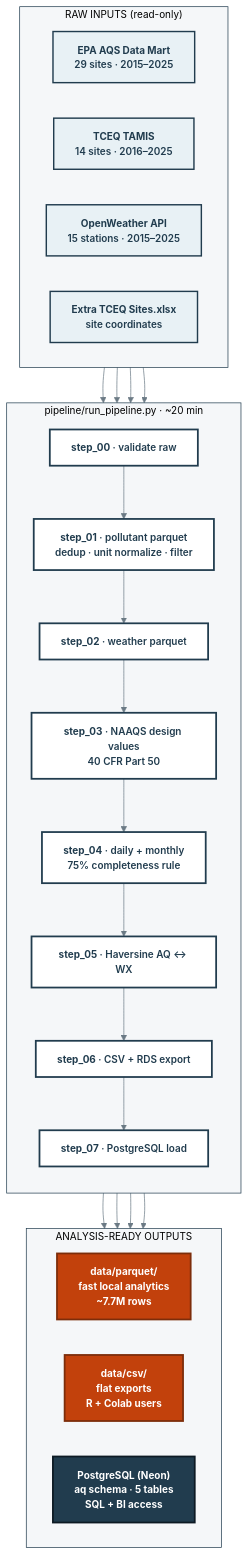
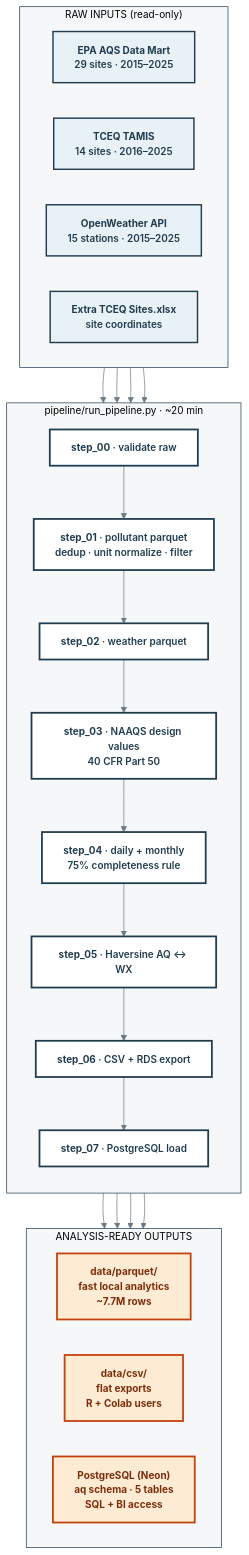
The diagram in pipeline/docs/index.md (AidanJMeyers/south-texas-aq-pipeline), drawn with Mermaid before and after one commit.

Commit message:
docs: unify output node colors in Mermaid schematic
Previous version mixed solid orange (parquet, csv) with solid navy
(postgres) in the outputs row, which created an inconsistent visual
where the database node looked like it belonged to a different
category.

Now all three output nodes share the same light-peach-with-
dark-orange-border treatment:
  fill:   #FDEBD3  (soft peach tint)
  stroke: #c2410c  (brand orange border, 2.5px)
  text:   #7c2d0b  (dark burnt orange, bold)

This matches the input row's soft-cyan-with-navy-border pattern —
both INPUT and OUTPUT rows now read as coherent categories, with
white/navy step boxes in between as the processing layer.

````diff
--- a/pipeline/docs/index.md
+++ b/pipeline/docs/index.md
@@ -24,61 +24,61 @@
 ```mermaid
 %%{init: {'theme':'base','themeVariables':{
     'fontFamily':'Arial, sans-serif',
     'fontSize':'14px',
     'primaryColor':'#FFFFFF',
     'primaryTextColor':'#213c4e',
     'primaryBorderColor':'#213c4e',
     'lineColor':'#6b7a85',
     'clusterBkg':'#F5F7F9',
     'clusterBorder':'#213c4e'
 }}}%%
 flowchart TD
     classDef input  fill:#E8F1F5,stroke:#213c4e,stroke-width:2px,color:#213c4e,font-weight:600
     classDef step   fill:#FFFFFF,stroke:#213c4e,stroke-width:2.5px,color:#213c4e,font-weight:600
-    classDef output fill:#c2410c,stroke:#7c2d0b,stroke-width:2.5px,color:#FFFFFF,font-weight:700
-    classDef db     fill:#213c4e,stroke:#0d1a24,stroke-width:2.5px,color:#FFFFFF,font-weight:700
+    classDef output fill:#FDEBD3,stroke:#c2410c,stroke-width:2.5px,color:#7c2d0b,font-weight:700
+    classDef db     fill:#FDEBD3,stroke:#c2410c,stroke-width:2.5px,color:#7c2d0b,font-weight:700
 
     subgraph INPUTS["&nbsp;RAW INPUTS (read-only)&nbsp;"]
         direction LR
         A1["<b>EPA AQS Data Mart</b><br/>29 sites · 2015–2025"]
         A2["<b>TCEQ TAMIS</b><br/>14 sites · 2016–2025"]
         A3["<b>OpenWeather API</b><br/>15 stations · 2015–2025"]
         A4["<b>Extra TCEQ Sites.xlsx</b><br/>site coordinates"]
     end
 
     subgraph PIPELINE["&nbsp;pipeline/run_pipeline.py · ~20 min&nbsp;"]
         direction TB
         S0["<b>step_00</b> · validate raw"]
         S1["<b>step_01</b> · pollutant parquet<br/>dedup · unit normalize · filter"]
         S2["<b>step_02</b> · weather parquet"]
         S3["<b>step_03</b> · NAAQS design values<br/>40 CFR Part 50"]
         S4["<b>step_04</b> · daily + monthly<br/>75% completeness rule"]
         S5["<b>step_05</b> · Haversine AQ ↔ WX"]
         S6["<b>step_06</b> · CSV + RDS export"]
         S7["<b>step_07</b> · PostgreSQL load"]
 
         S0 --> S1 --> S2 --> S3 --> S4 --> S5 --> S6 --> S7
     end
 
     subgraph OUTPUTS["&nbsp;ANALYSIS-READY OUTPUTS&nbsp;"]
         direction LR
         O1["<b>data/parquet/</b><br/>fast local analytics<br/>~7.7M rows"]
         O2["<b>data/csv/</b><br/>flat exports<br/>R + Colab users"]
         O3["<b>PostgreSQL (Neon)</b><br/>aq schema · 5 tables<br/>SQL + BI access"]
     end
 
     A1 --> S0
     A2 --> S0
     A3 --> S2
     A4 --> S5
 
     S2 --> O1
     S5 --> O1
     S6 --> O2
     S7 --> O3
 
     class A1,A2,A3,A4 input
     class S0,S1,S2,S3,S4,S5,S6,S7 step
     class O1,O2 output
     class O3 db
 ```
````
